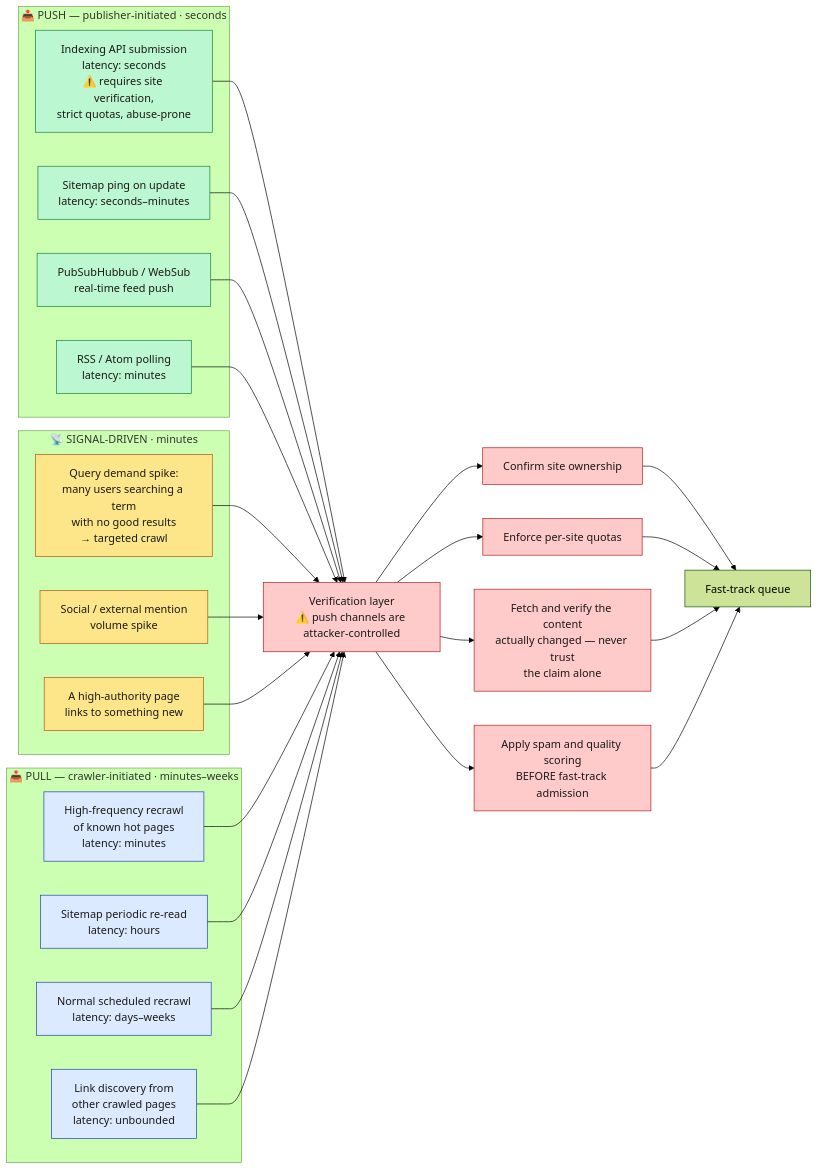
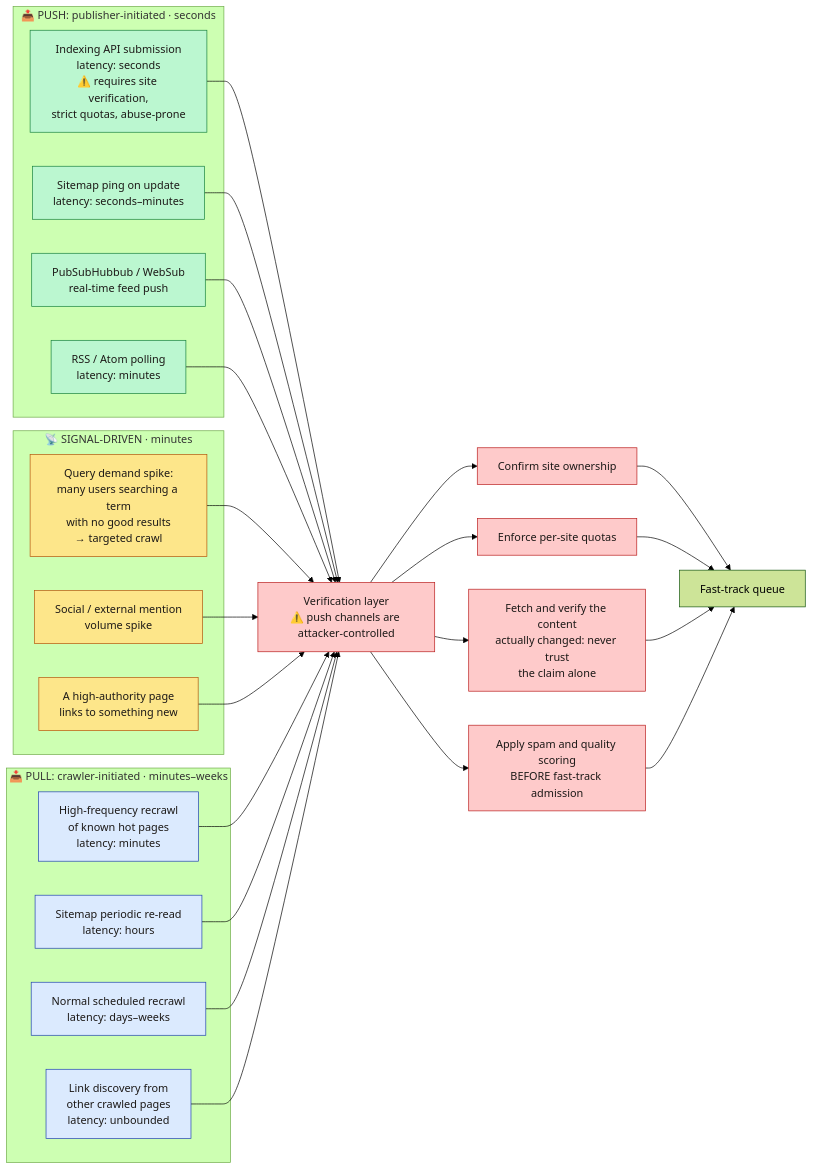
Before and after one commit to ahmedselimmansor-ctrl/google-search-system-design: the diagram in diagrams/D-57-change-discovery-channels-ranked-by-latency.mmd, drawn with Mermaid (forest theme). The commit also changed 89 other files, not shown here.

```diff
--- a/diagrams/D-57-change-discovery-channels-ranked-by-latency.mmd
+++ b/diagrams/D-57-change-discovery-channels-ranked-by-latency.mmd
@@ -1,40 +1,40 @@
 flowchart LR
-    subgraph PUSH["📤 PUSH — publisher-initiated · seconds"]
+    subgraph PUSH["📤 PUSH: publisher-initiated · seconds"]
         P1["Indexing API submission<br/>latency: seconds<br/>⚠️ requires site verification,<br/>strict quotas, abuse-prone"]
         P2["Sitemap ping on update<br/>latency: seconds–minutes"]
         P3["PubSubHubbub / WebSub<br/>real-time feed push"]
         P4["RSS / Atom polling<br/>latency: minutes"]
     end
 
     subgraph SIGNAL["📡 SIGNAL-DRIVEN · minutes"]
         S1["Query demand spike:<br/>many users searching a term<br/>with no good results<br/>→ targeted crawl"]
         S2["Social / external mention<br/>volume spike"]
         S3["A high-authority page<br/>links to something new"]
     end
 
-    subgraph PULL["📥 PULL — crawler-initiated · minutes–weeks"]
+    subgraph PULL["📥 PULL: crawler-initiated · minutes–weeks"]
         L1["High-frequency recrawl<br/>of known hot pages<br/>latency: minutes"]
         L2["Sitemap periodic re-read<br/>latency: hours"]
         L3["Normal scheduled recrawl<br/>latency: days–weeks"]
         L4["Link discovery from<br/>other crawled pages<br/>latency: unbounded"]
     end
 
     P1 & P2 & P3 & P4 --> VERIFY["Verification layer<br/>⚠️ push channels are attacker-controlled"]
     S1 & S2 & S3 --> VERIFY
     L1 & L2 & L3 & L4 --> VERIFY
 
     VERIFY --> V1["Confirm site ownership"]
     VERIFY --> V2["Enforce per-site quotas"]
-    VERIFY --> V3["Fetch and verify the content<br/>actually changed — never trust<br/>the claim alone"]
+    VERIFY --> V3["Fetch and verify the content<br/>actually changed: never trust<br/>the claim alone"]
     VERIFY --> V4["Apply spam and quality scoring<br/>BEFORE fast-track admission"]
 
     V1 & V2 & V3 & V4 --> FT["Fast-track queue"]
 
     classDef push fill:#bbf7d0,stroke:#15803d,color:#1c1917
     classDef sig fill:#fde68a,stroke:#b45309,color:#1c1917
     classDef pull fill:#dbeafe,stroke:#1e40af,color:#1c1917
     classDef sec fill:#fecaca,stroke:#b91c1c,color:#1c1917
     class P1,P2,P3,P4 push
     class S1,S2,S3 sig
     class L1,L2,L3,L4 pull
     class VERIFY,V1,V2,V3,V4 sec
```
